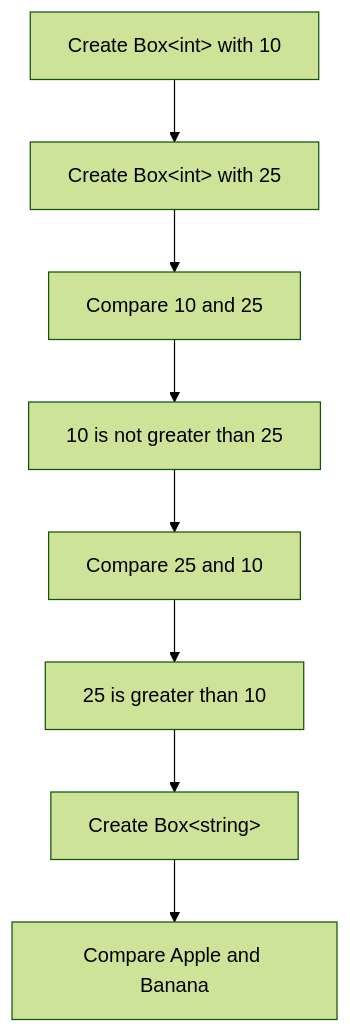
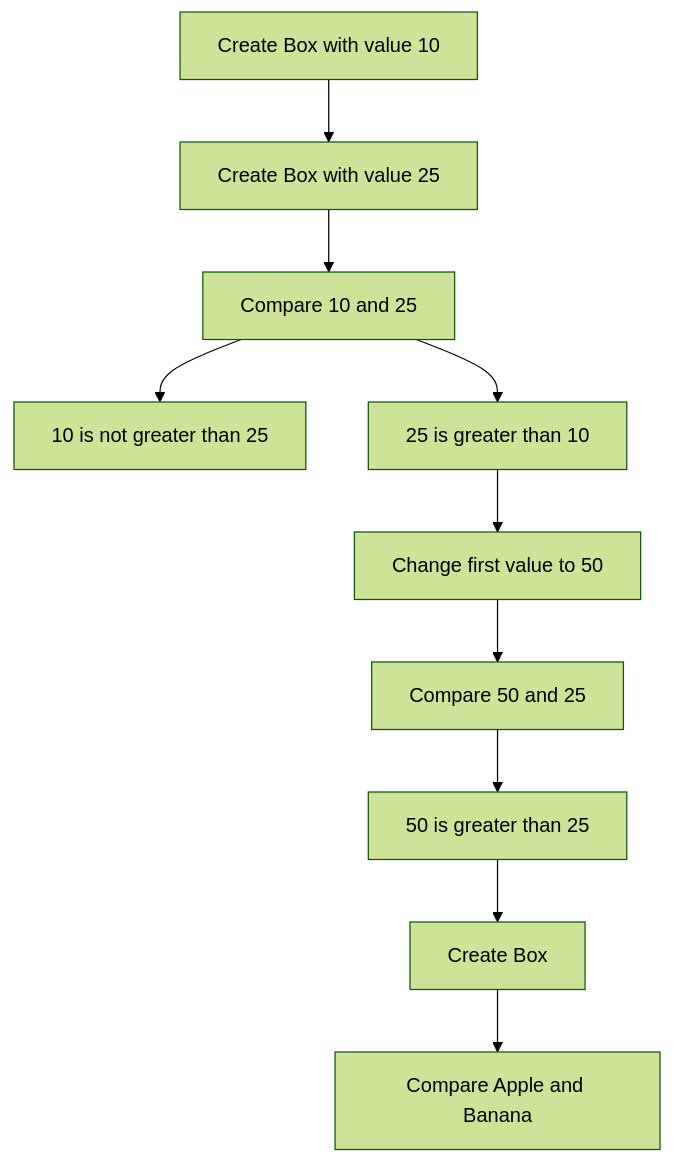
The second of 3 diagrams in README.md (emil720a1/GenericComparable-By-Richter-book), drawn with Mermaid (forest theme) before and after one commit. The commit also changed other lines of this file, not shown here.

````diff
--- a/README.md
+++ b/README.md
@@ -121,10 +99,14 @@
 ```mermaid
 flowchart TD
-    A["Create Box&lt;int&gt; with 10"] --> B["Create Box&lt;int&gt; with 25"]
+    A["Create Box<int> with value 10"] --> B["Create Box<int> with value 25"]
     B --> C["Compare 10 and 25"]
     C --> D["10 is not greater than 25"]
-    D --> E["Compare 25 and 10"]
-    E --> F["25 is greater than 10"]
-    F --> G["Create Box&lt;string&gt;"]
-    G --> H["Compare Apple and Banana"]
+    C --> E["25 is greater than 10"]
+
+    E --> F["Change first value to 50"]
+    F --> G["Compare 50 and 25"]
+    G --> H["50 is greater than 25"]
+
+    H --> I["Create Box<string>"]
+    I --> J["Compare Apple and Banana"]
 ```
````
